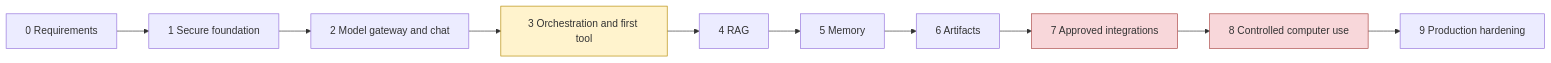
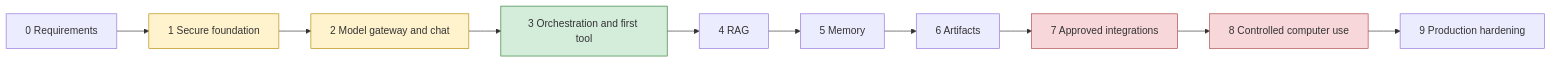
One commit to AhmdArFa/AI-Personal-Assistant-Agent changed the third of 3 diagrams in docs/ai-personal-agent-blueprint-v2.md. Above: the diagram before and after it, drawn with Mermaid. The commit also changed other lines of this file and 4 other files, not shown here.

````diff
--- a/docs/ai-personal-agent-blueprint-v2.md
+++ b/docs/ai-personal-agent-blueprint-v2.md
@@ -722,9 +722,11 @@
 ```mermaid
 flowchart LR
     P0[0 Requirements] --> P1[1 Secure foundation] --> P2[2 Model gateway and chat] --> P3[3 Orchestration and first tool]
     P3 --> P4[4 RAG] --> P5[5 Memory] --> P6[6 Artifacts]
     P6 --> P7[7 Approved integrations] --> P8[8 Controlled computer use] --> P9[9 Production hardening]
-    style P3 fill:#fff3cd,stroke:#b58900
+    style P1 fill:#fff3cd,stroke:#b58900
+    style P2 fill:#fff3cd,stroke:#b58900
+    style P3 fill:#d4edda,stroke:#2e7d32
     style P7 fill:#f8d7da,stroke:#a94442
     style P8 fill:#f8d7da,stroke:#a94442
 ```
````
